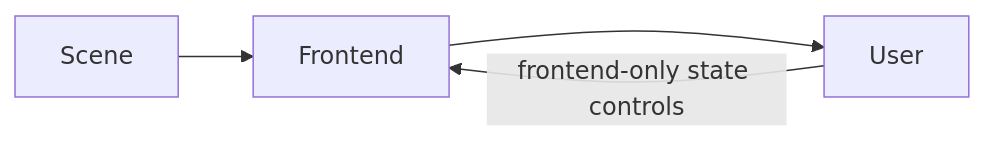
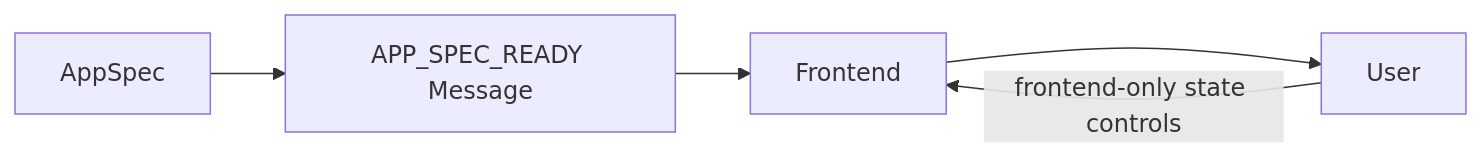
One commit to orrenravid1/CompartmentalNeuronGUI changed diagram 15 of 19 in docs/architecture/design/proposals/backend-transport-frontend-proposal.md. Above: the diagram before and after it, drawn with Mermaid. The commit also changed other lines of this file and 6 other files, not shown here.

````diff
--- a/docs/architecture/design/proposals/backend-transport-frontend-proposal.md
+++ b/docs/architecture/design/proposals/backend-transport-frontend-proposal.md
@@ -1144,10 +1403,12 @@
 ```mermaid
 flowchart LR
-    Scene[Scene]
+    AppSpec[AppSpec]
+    Ready[APP_SPEC_READY Message]
     Frontend[Frontend]
     User[User]
 
-    Scene --> Frontend
+    AppSpec --> Ready
+    Ready --> Frontend
     Frontend --> User
     User -->|frontend-only state controls| Frontend
 ```
````
